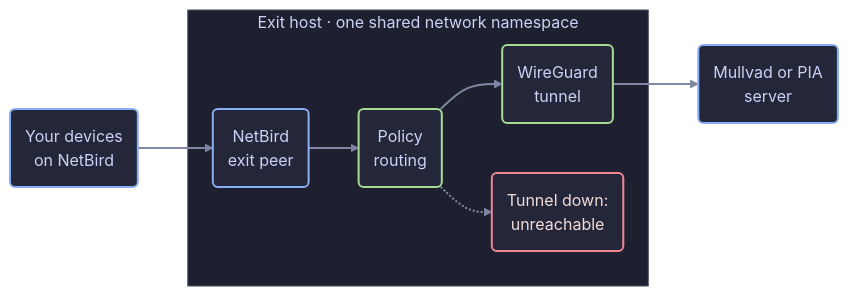
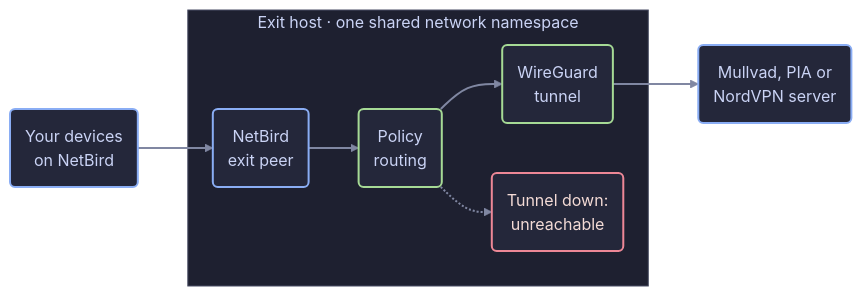
Before and after one commit to irashack/molebridge: the diagram in README.md, drawn with Mermaid (forest theme). The commit also changed other lines of this file and 66 other files, not shown here.

````diff
--- a/README.md
+++ b/README.md
@@ -35,27 +35,27 @@
 ```mermaid
 flowchart LR
     device("Your devices<br/>on NetBird")
-    provider("Mullvad or PIA<br/>server")
+    provider("Mullvad, PIA or<br/>NordVPN server")
 
     subgraph host["Exit host · one shared network namespace"]
         peer("NetBird<br/>exit peer")
         route("Policy<br/>routing")
         tunnel("WireGuard<br/>tunnel")
         blocked("Tunnel down:<br/>unreachable")
         peer --> route
         route --> tunnel
         route -.-> blocked
     end
 
     device --> peer
     tunnel --> provider
 
     classDef endpoint fill:#24273a,stroke:#8aadf4,color:#cad3f5,stroke-width:2px
     classDef routing fill:#24273a,stroke:#a6da95,color:#cad3f5,stroke-width:2px
     classDef stopped fill:#24273a,stroke:#ed8796,color:#f4dbd6,stroke-width:2px
     class device,peer,provider endpoint
     class route,tunnel routing
     class blocked stopped
     style host fill:#1e2030,stroke:#494d64,color:#cad3f5
     linkStyle default stroke:#8087a2,stroke-width:2px
 ```
````
